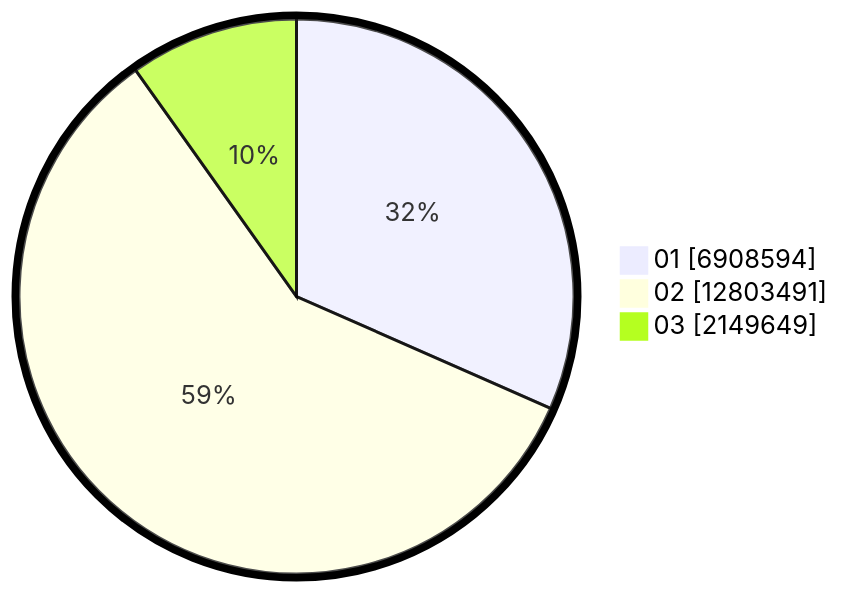
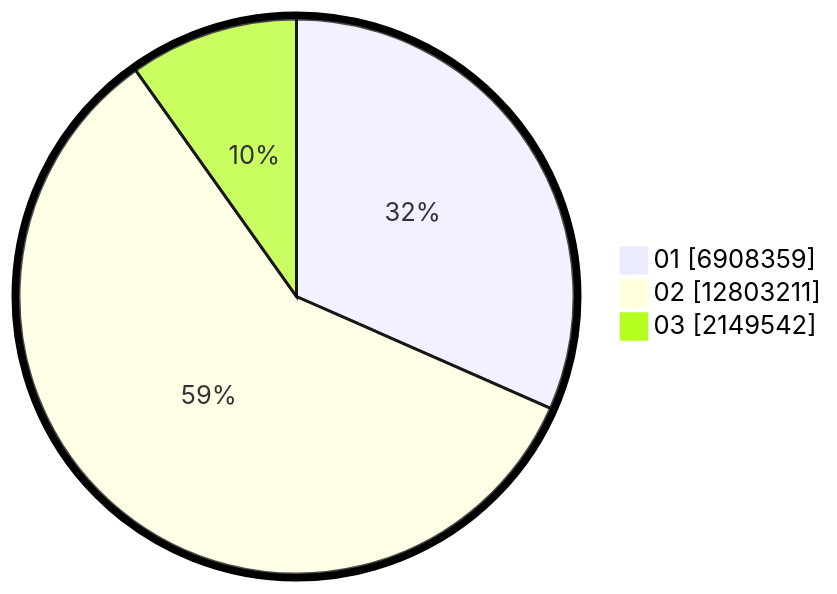
One commit to gigit-pemilu/pemilu-2024 changed the second of 2 diagrams in pilpres/hitung-suara/sub/table-wilayah-32.md. Above: the diagram before and after it, drawn with Mermaid. The commit also changed other lines of this file and 10 other files, not shown here.

````diff
--- a/pilpres/hitung-suara/sub/table-wilayah-32.md
+++ b/pilpres/hitung-suara/sub/table-wilayah-32.md
@@ -15,7 +15,7 @@
 ```mermaid
 %%{init: {"pie": {"textPosition": 0.5}, "themeVariables": {"pieOuterStrokeWidth": "5px"}} }%%
 pie showData
-    "01" : 6908594
-    "02" : 12803491
-    "03" : 2149649
+    "01" : 6908359
+    "02" : 12803211
+    "03" : 2149542
 ```
````
